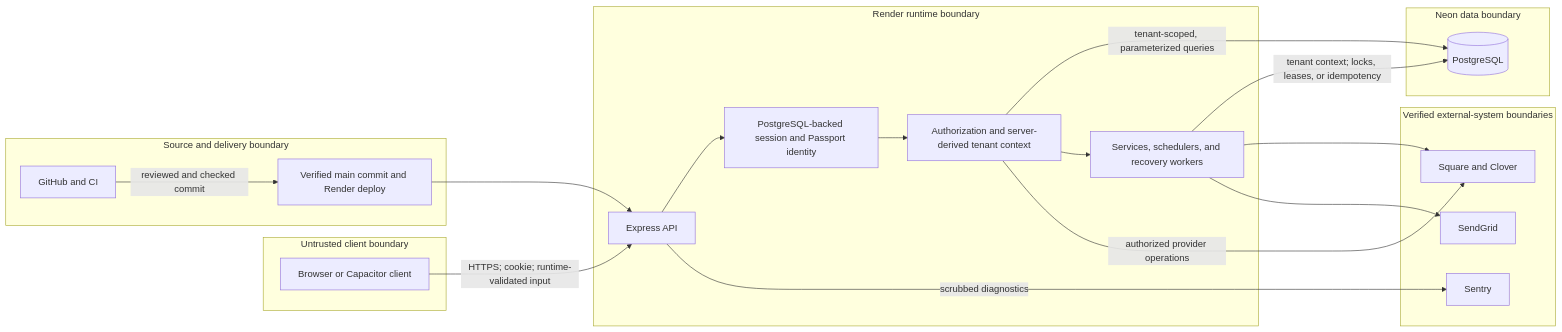
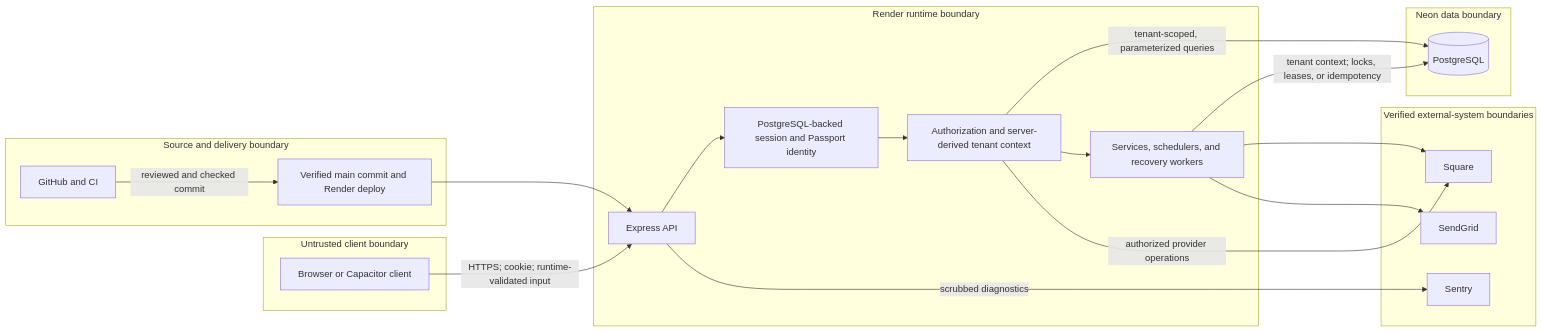
One commit to Tribowl-LLC/PGLeagueManagerApp changed the diagram in SECURITY.md. Above: the diagram before and after it, drawn with Mermaid. The commit also changed other lines of this file and 143 other files, not shown here.

````diff
--- a/SECURITY.md
+++ b/SECURITY.md
@@ -63,41 +63,41 @@
 ```mermaid
 flowchart LR
     subgraph U["Untrusted client boundary"]
         C["Browser or Capacitor client"]
     end
 
     subgraph R["Render runtime boundary"]
         E["Express API"]
         S["PostgreSQL-backed session and Passport identity"]
         A["Authorization and server-derived tenant context"]
         W["Services, schedulers, and recovery workers"]
     end
 
     subgraph D["Neon data boundary"]
         P[("PostgreSQL")]
     end
 
     subgraph X["Verified external-system boundaries"]
-        PAY["Square and Clover"]
+        PAY["Square"]
         MSG["SendGrid"]
         OBS["Sentry"]
     end
 
     subgraph I["Source and delivery boundary"]
         G["GitHub and CI"]
         DEP["Verified main commit and Render deploy"]
     end
 
     C -->|"HTTPS; cookie; runtime-validated input"| E
     E --> S
     S --> A
     A -->|"tenant-scoped, parameterized queries"| P
     A --> W
     A -->|"authorized provider operations"| PAY
     W -->|"tenant context; locks, leases, or idempotency"| P
     W --> PAY
     W --> MSG
     E -->|"scrubbed diagnostics"| OBS
     G -->|"reviewed and checked commit"| DEP
     DEP --> E
 ```
````
